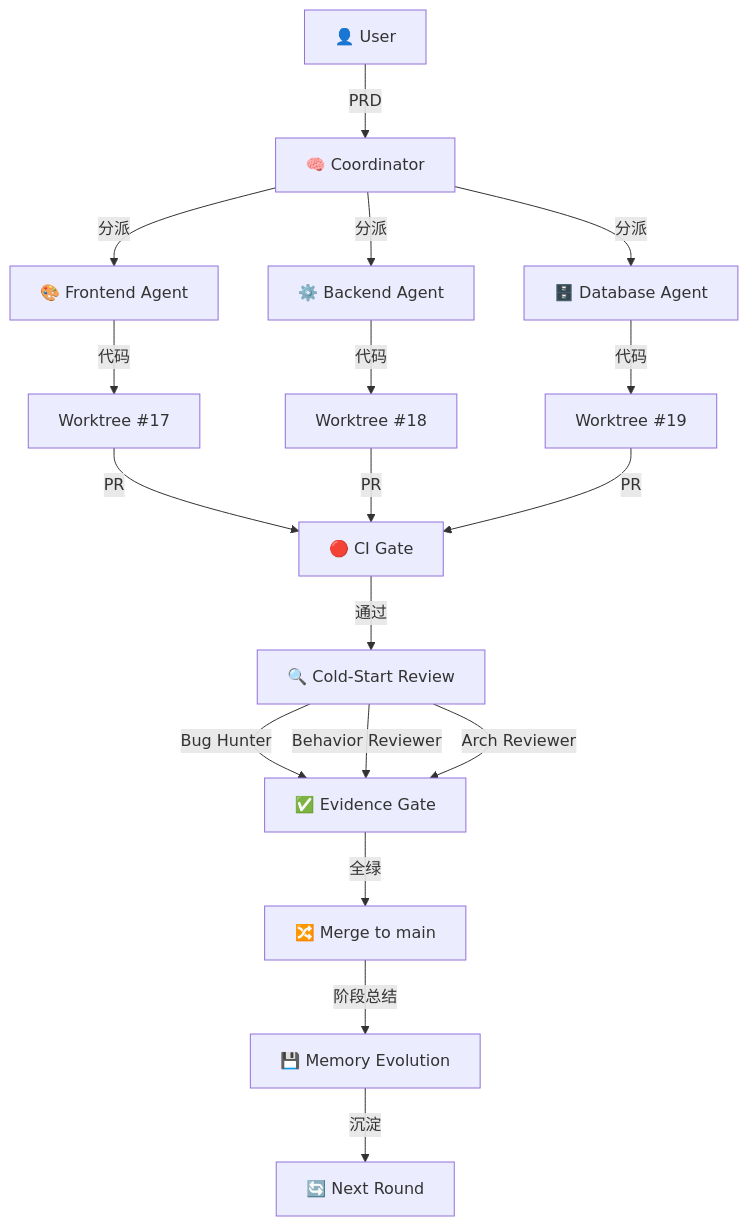
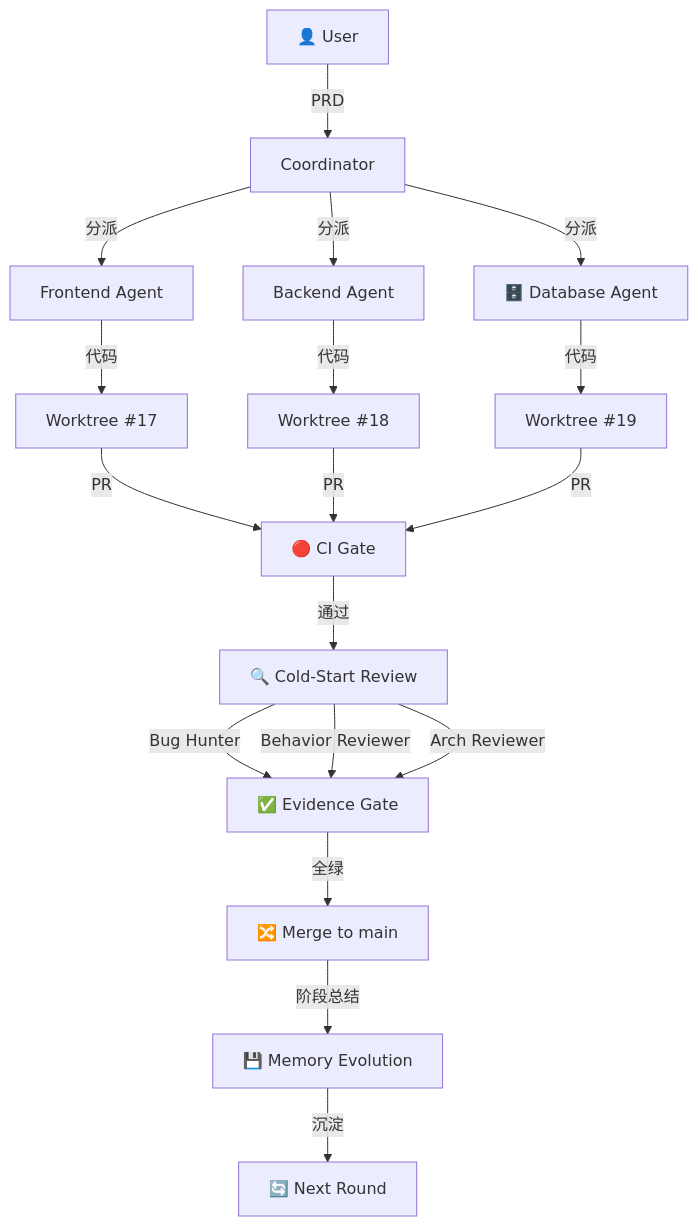
One commit to lora-sys/loraSys changed the diagram in src/content/blog/ai-engineering-harness.mdx. Above: the diagram before and after it, drawn with Mermaid. The commit also changed other lines of this file and 2 other files, not shown here.

````diff
--- a/src/content/blog/ai-engineering-harness.mdx
+++ b/src/content/blog/ai-engineering-harness.mdx
@@ -116,24 +116,24 @@
 ```mermaid
 graph TD
-    User[👤 User] -->|PRD| Coordinator[🧠 Coordinator]
-    Coordinator -->|分派| Frontend[🎨 Frontend Agent]
-    Coordinator -->|分派| Backend[⚙️ Backend Agent]
+    User[👤 User] -->|PRD| Coordinator[Coordinator]
+    Coordinator -->|分派| Frontend[Frontend Agent]
+    Coordinator -->|分派| Backend[Backend Agent]
     Coordinator -->|分派| Database[🗄️ Database Agent]
 
     Frontend -->|代码| Worktree1[Worktree #17]
     Backend -->|代码| Worktree2[Worktree #18]
     Database -->|代码| Worktree3[Worktree #19]
 
     Worktree1 -->|PR| CI[🔴 CI Gate]
     Worktree2 -->|PR| CI
     Worktree3 -->|PR| CI
 
     CI -->|通过| Review[🔍 Cold-Start Review]
     Review -->|Bug Hunter| Evidence[✅ Evidence Gate]
     Review -->|Behavior Reviewer| Evidence
     Review -->|Arch Reviewer| Evidence
 
     Evidence -->|全绿| Merge[🔀 Merge to main]
     Merge -->|阶段总结| Memory[💾 Memory Evolution]
     Memory -->|沉淀| Next[🔄 Next Round]
 ```
````
